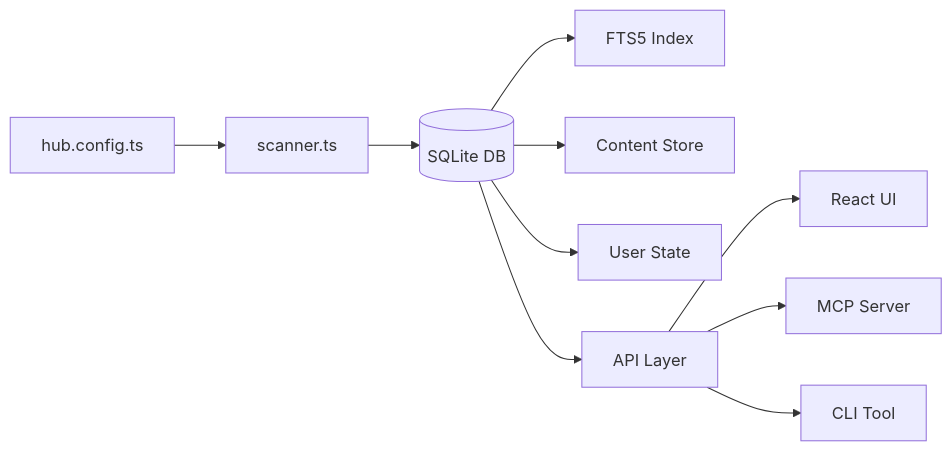
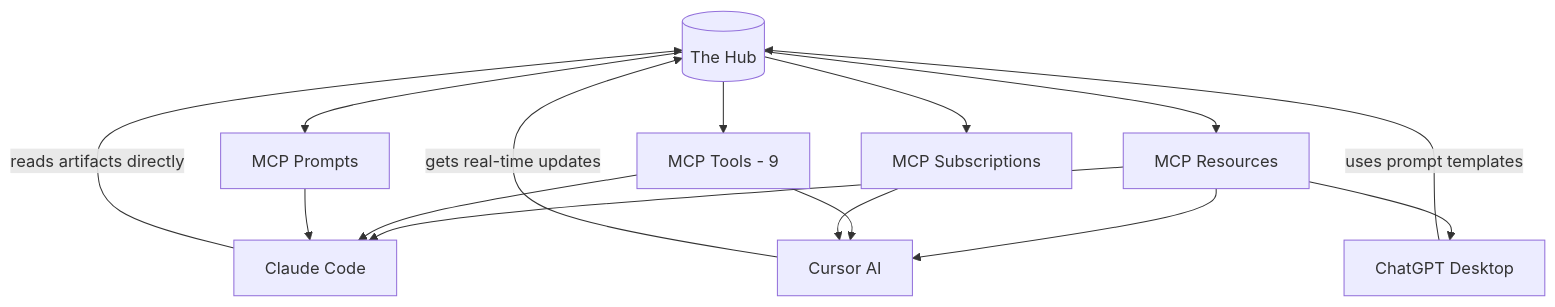
The second of 4 diagrams in docs/future-developments.md (ahmedkhaledmohamed/the-hub), drawn with Mermaid before and after one commit. The commit also changed other lines of this file, not shown here.

````diff
--- a/docs/future-developments.md
+++ b/docs/future-developments.md
@@ -105,12 +102,19 @@
 ```mermaid
-flowchart LR
-    Config[hub.config.ts] --> Scanner[scanner.ts]
-    Scanner --> DB[(SQLite DB)]
-    DB --> FTS[FTS5 Index]
-    DB --> Content[Content Store]
-    DB --> State[User State]
-    DB --> API[API Layer]
-    API --> UI[React UI]
-    API --> MCP[MCP Server]
-    API --> CLI[CLI Tool]
+flowchart TD
+    Hub[(The Hub)] --> Resources[MCP Resources]
+    Hub --> Tools[MCP Tools - 9]
+    Hub --> Prompts[MCP Prompts]
+    Hub --> Events[MCP Subscriptions]
+
+    Resources --> Claude[Claude Code]
+    Resources --> Cursor[Cursor AI]
+    Resources --> ChatGPT[ChatGPT Desktop]
+    Tools --> Claude
+    Tools --> Cursor
+    Prompts --> Claude
+    Events --> Cursor
+
+    Claude --> |reads artifacts directly| Hub
+    Cursor --> |gets real-time updates| Hub
+    ChatGPT --> |uses prompt templates| Hub
 ```
````
